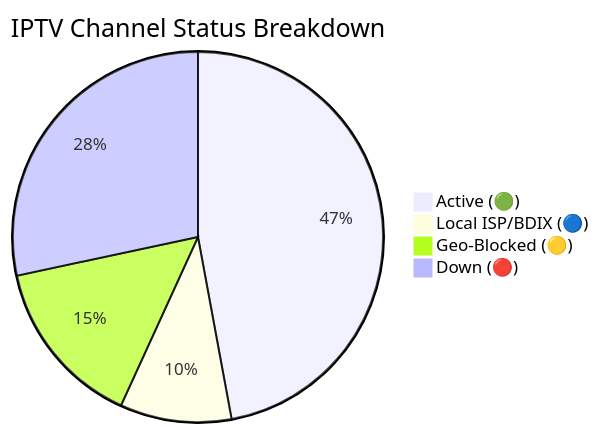
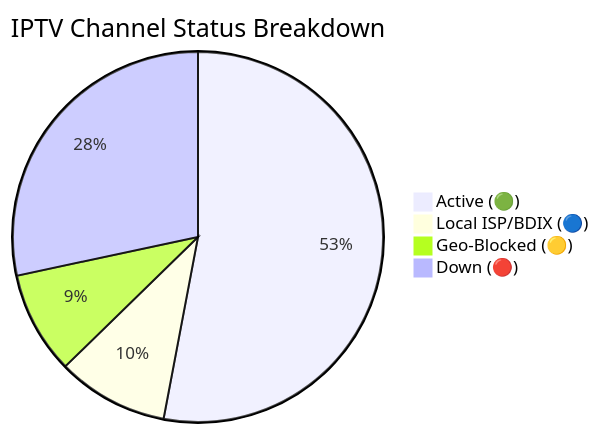
Before and after one commit to f6388600-ai/Web: the diagram in README.md, drawn with Mermaid. The commit also changed other lines of this file and 6 other files, not shown here.

````diff
--- a/README.md
+++ b/README.md
@@ -149,7 +149,7 @@
 ```mermaid
 pie title IPTV Channel Status Breakdown
-    "Active (🟢)" : 8053
-    "Local ISP/BDIX (🔵)" : 1664
-    "Geo-Blocked (🟡)" : 2535
-    "Down (🔴)" : 4848
+    "Active (🟢)" : 9070
+    "Local ISP/BDIX (🔵)" : 1665
+    "Geo-Blocked (🟡)" : 1531
+    "Down (🔴)" : 4854
 ```
````
